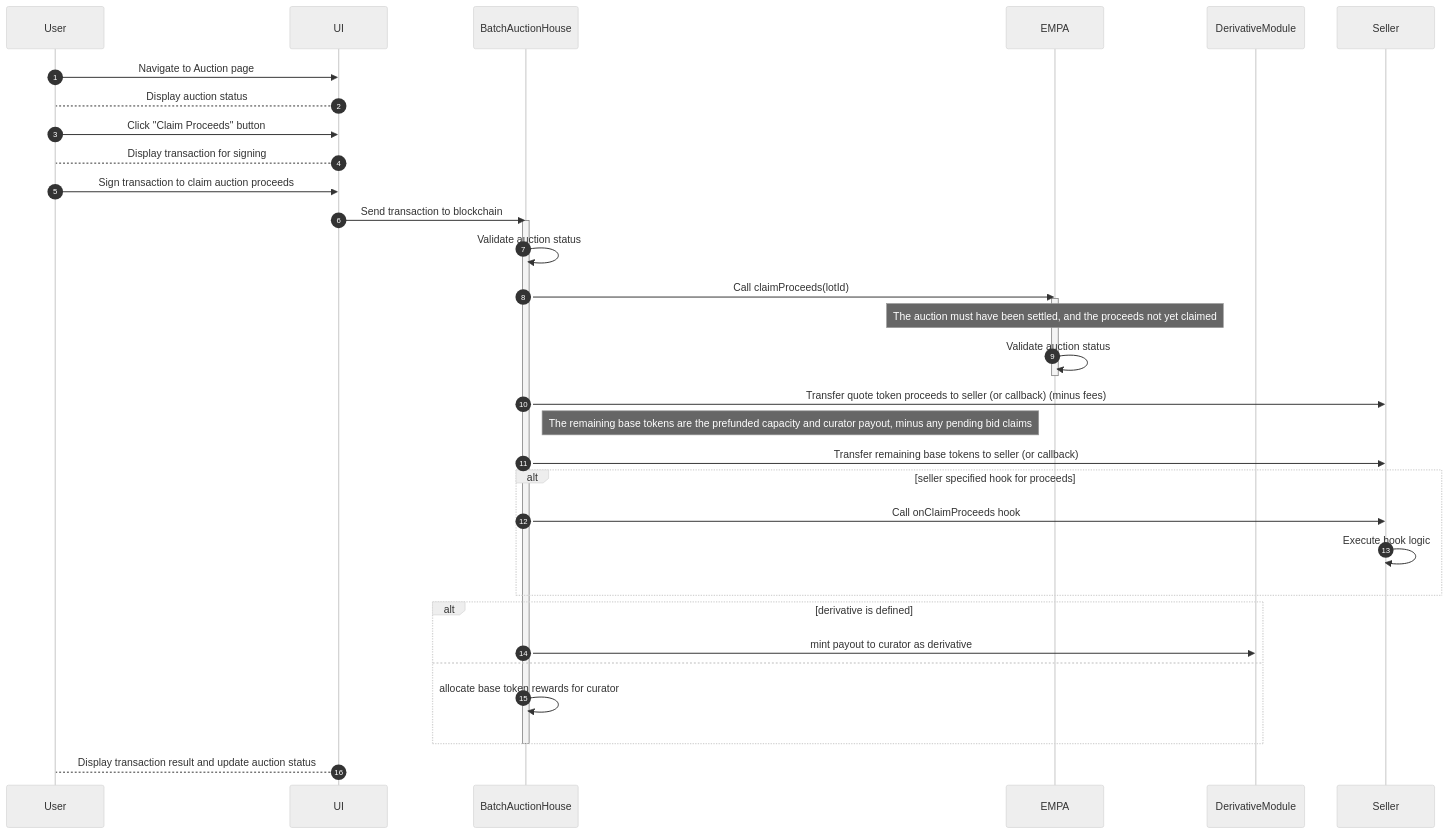
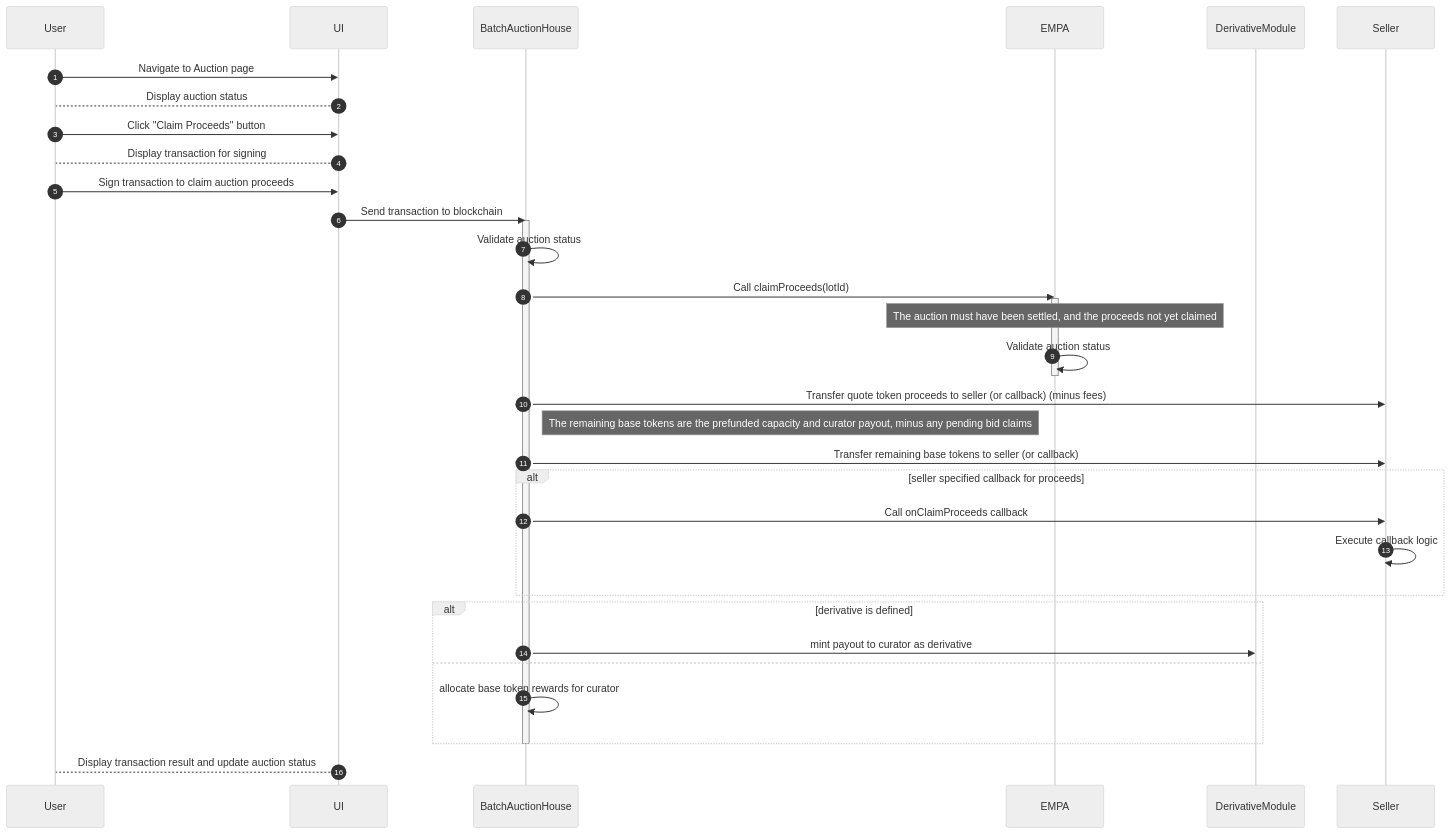
The seventh of 9 diagrams in design/EMPA.md (Axis-Fi/axis-core), drawn with Mermaid (neutral theme) before and after one commit. The commit also changed other lines of this file, not shown here.

Commit message:
Replace references to hooks

````diff
--- a/design/EMPA.md
+++ b/design/EMPA.md
@@ -380,38 +380,38 @@
 ```mermaid
 sequenceDiagram
   autoNumber
   participant User
   participant UI
   participant BatchAuctionHouse
   participant EMPA
   participant DerivativeModule
   participant Seller
 
   User->>UI: Navigate to Auction page
   UI-->User: Display auction status
   User->>UI: Click "Claim Proceeds" button
   UI-->User: Display transaction for signing
   User->>UI: Sign transaction to claim auction proceeds
   UI->>BatchAuctionHouse: Send transaction to blockchain
   activate BatchAuctionHouse
     BatchAuctionHouse->>BatchAuctionHouse: Validate auction status
     BatchAuctionHouse->>EMPA: Call claimProceeds(lotId)
     activate EMPA
       Note over EMPA: The auction must have been settled, and the proceeds not yet claimed
       EMPA->>EMPA: Validate auction status
     deactivate EMPA
     BatchAuctionHouse->>Seller: Transfer quote token proceeds to seller (or callback) (minus fees)
     Note right of BatchAuctionHouse: The remaining base tokens are the prefunded capacity and curator payout, minus any pending bid claims
     BatchAuctionHouse->>Seller: Transfer remaining base tokens to seller (or callback)
-    alt seller specified hook for proceeds
-      BatchAuctionHouse->>Seller: Call onClaimProceeds hook
-      Seller->>Seller: Execute hook logic
+    alt seller specified callback for proceeds
+      BatchAuctionHouse->>Seller: Call onClaimProceeds callback
+      Seller->>Seller: Execute callback logic
     end
     alt derivative is defined
       BatchAuctionHouse->>DerivativeModule: mint payout to curator as derivative
     else
       BatchAuctionHouse->>BatchAuctionHouse: allocate base token rewards for curator
     end
   deactivate BatchAuctionHouse
   UI-->User: Display transaction result and update auction status
 ```
````
